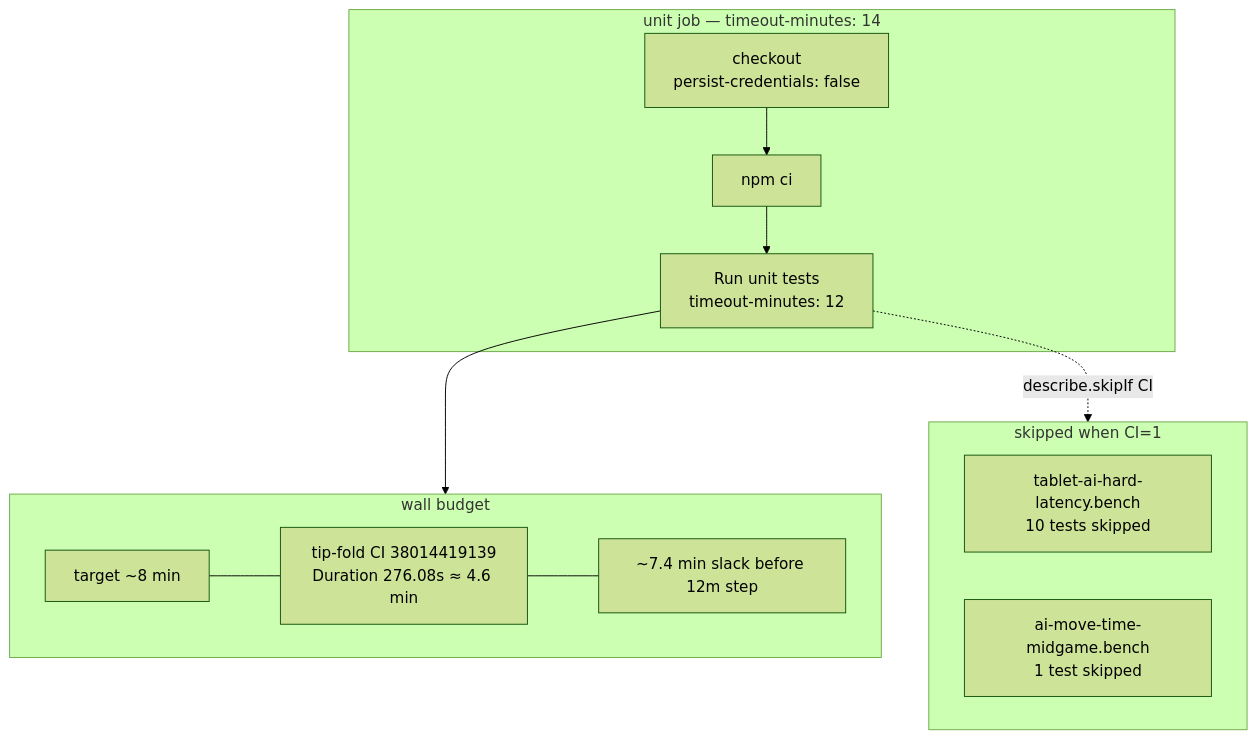
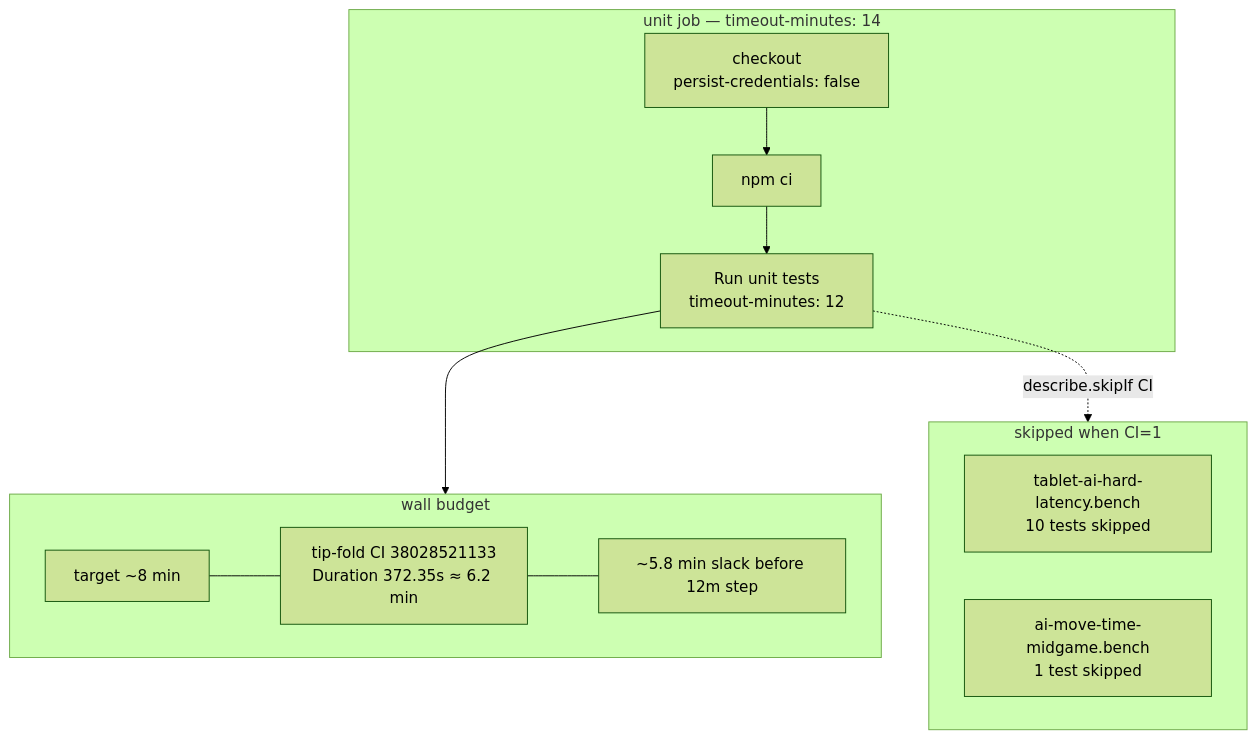
Before and after one commit to fuzzywigg/math-pentathlon: the diagram in docs/wiki/ci-unit-budget.md, drawn with Mermaid (forest theme). The commit also changed other lines of this file and 53 other files, not shown here.

First line of the commit message:
q-mp-026l: tip fold post865 (#898)

````diff
--- a/docs/wiki/ci-unit-budget.md
+++ b/docs/wiki/ci-unit-budget.md
@@ -32,24 +32,24 @@
 ```mermaid
 flowchart TB
   subgraph job ["unit job — timeout-minutes: 14"]
     co["checkout<br/>persist-credentials: false"]
     ci["npm ci"]
     step["Run unit tests<br/>timeout-minutes: 12"]
     co --> ci --> step
   end
 
   subgraph budget ["wall budget"]
     target["target ~8 min"]
-    observed["tip-fold CI 38014419139<br/>Duration 276.08s ≈ 4.6 min"]
-    slack["~7.4 min slack before 12m step"]
+    observed["tip-fold CI 38028521133<br/>Duration 372.35s ≈ 6.2 min"]
+    slack["~5.8 min slack before 12m step"]
     target --- observed --- slack
   end
 
   subgraph skip ["skipped when CI=1"]
     t["tablet-ai-hard-latency.bench<br/>10 tests skipped"]
     m["ai-move-time-midgame.bench<br/>1 test skipped"]
   end
 
   step --> budget
   step -.->|describe.skipIf CI| skip
 ```
````
